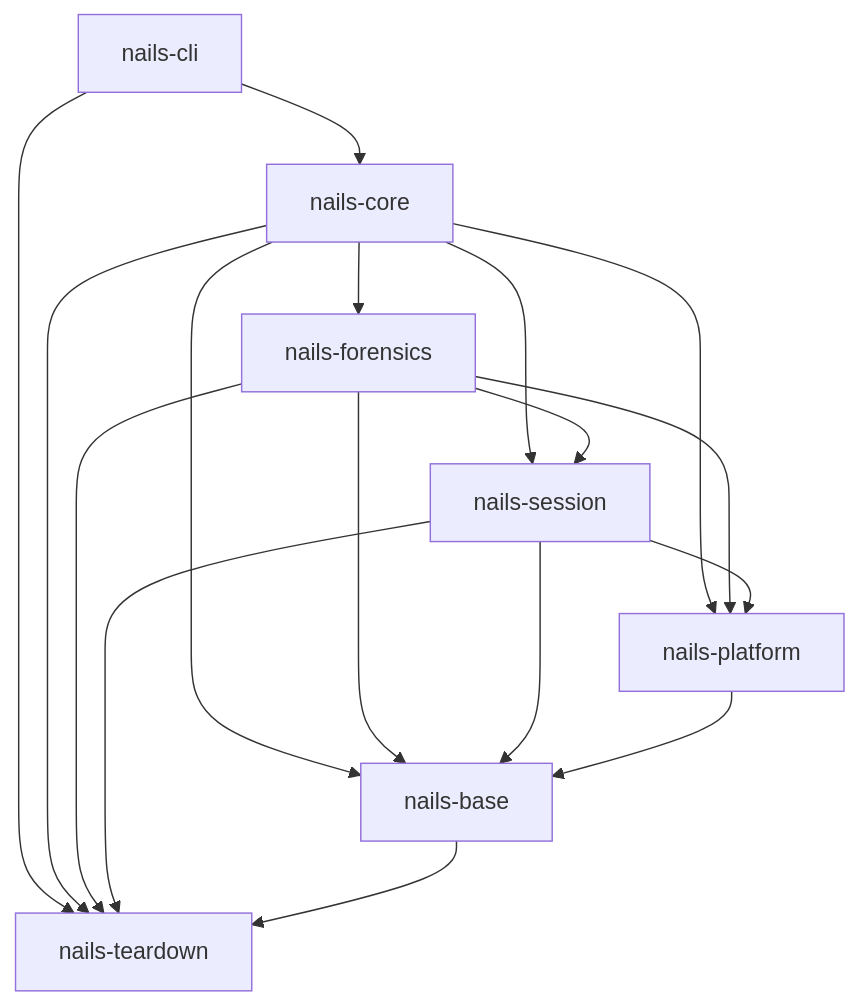
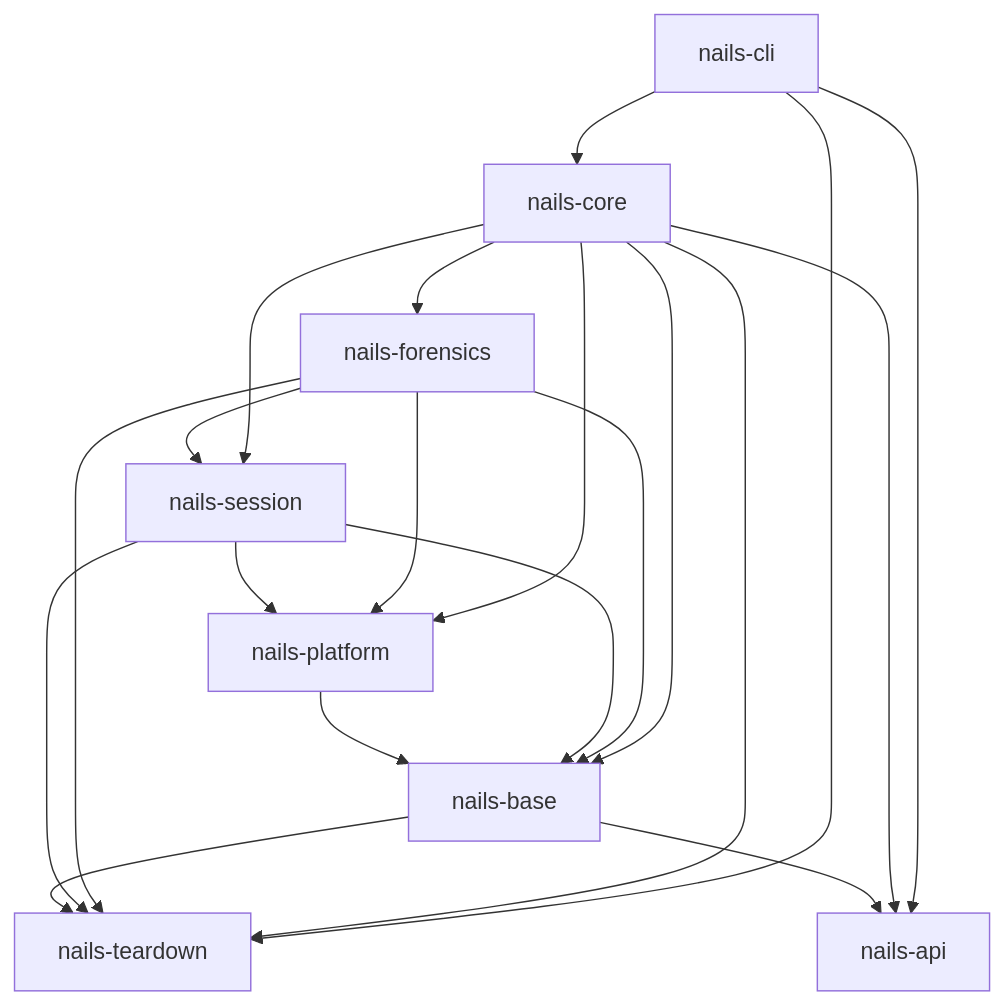
One commit to WitteShadovv/nails changed the diagram in docs/architecture.md. Above: the diagram before and after it, drawn with Mermaid. The commit also changed other lines of this file and 8 other files, not shown here.

````diff
--- a/docs/architecture.md
+++ b/docs/architecture.md
@@ -81,19 +81,22 @@
 ```mermaid
 flowchart TD
     cli[nails-cli] --> core[nails-core]
     cli --> teardown[nails-teardown]
+    cli --> api[nails-api]
     core --> forensics[nails-forensics]
     core --> session[nails-session]
     core --> platform[nails-platform]
     core --> base[nails-base]
     core --> teardown
+    core --> api
     forensics --> session
     forensics --> platform
     forensics --> base
     forensics --> teardown
     session --> platform
     session --> base
     session --> teardown
     platform --> base
     base --> teardown
+    base --> api
 ```
````
